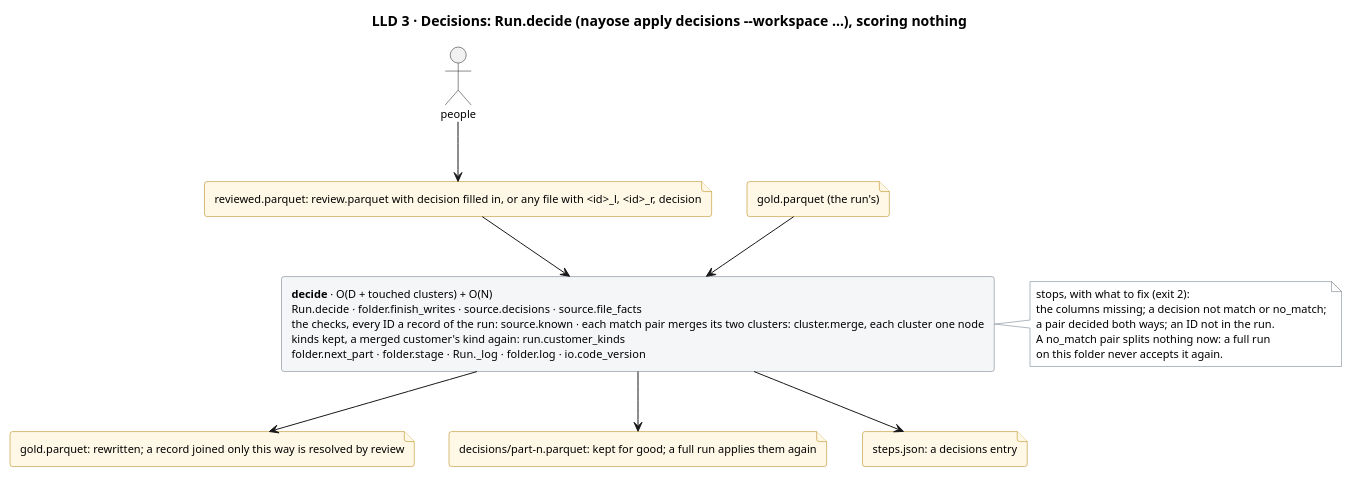
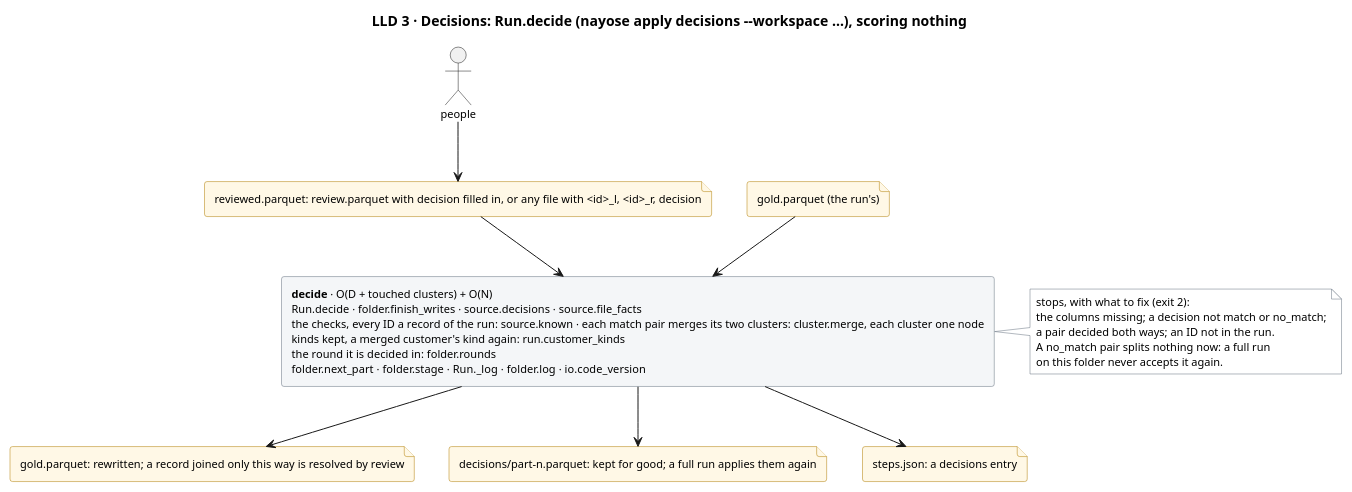
One commit to mvsbm/entity_matching changed the diagram in docs/diagrams/decisions.puml. Above: the diagram before and after it, drawn with PlantUML. The commit also changed 17 other files, not shown here.

First line of the commit message:
Improve matching, the engine: a workspace's method, its rounds, and what people's decisions say

```diff
--- a/docs/diagrams/decisions.puml
+++ b/docs/diagrams/decisions.puml
@@ -1,41 +1,41 @@
 @startuml decisions
 title LLD 3 · Decisions: Run.decide (nayose apply decisions ~--workspace …), scoring nothing
 skinparam defaultFontSize 11
 skinparam rectangle {
   BackgroundColor #F4F6F8
   BorderColor #65717E
 }
 skinparam file {
   BackgroundColor #FFF8E6
   BorderColor #B07D00
 }
 skinparam note {
   BackgroundColor #FFFFFF
   BorderColor #65717E
 }
 
 actor "people" as people
 file "reviewed.parquet: review.parquet with decision filled in, or any file with <id>_l, <id>_r, decision" as f_decided
 file "gold.parquet (the run's)" as f_gold_in
 
-rectangle "<b>decide</b> · O(D + touched clusters) + O(N)\nRun.decide · folder.finish_writes · source.decisions · source.file_facts\nthe checks, every ID a record of the run: source.known · each match pair merges its two clusters: cluster.merge, each cluster one node\nkinds kept, a merged customer's kind again: run.customer_kinds\nfolder.next_part · folder.stage · Run._log · folder.log · io.code_version" as decide
+rectangle "<b>decide</b> · O(D + touched clusters) + O(N)\nRun.decide · folder.finish_writes · source.decisions · source.file_facts\nthe checks, every ID a record of the run: source.known · each match pair merges its two clusters: cluster.merge, each cluster one node\nkinds kept, a merged customer's kind again: run.customer_kinds\nthe round it is decided in: folder.rounds\nfolder.next_part · folder.stage · Run._log · folder.log · io.code_version" as decide
 
 note right of decide
   stops, with what to fix (exit 2):
   the columns missing; a decision not match or no_match;
   a pair decided both ways; an ID not in the run.
   A no_match pair splits nothing now: a full run
   on this folder never accepts it again.
 end note
 
 file "gold.parquet: rewritten; a record joined only this way is resolved by review" as f_gold_out
 file "decisions/part-n.parquet: kept for good; a full run applies them again" as f_kept
 file "steps.json: a decisions entry" as f_steps
 
 people --> f_decided
 f_decided --> decide
 f_gold_in --> decide
 decide --> f_gold_out
 decide --> f_kept
 decide --> f_steps
 @enduml
```
